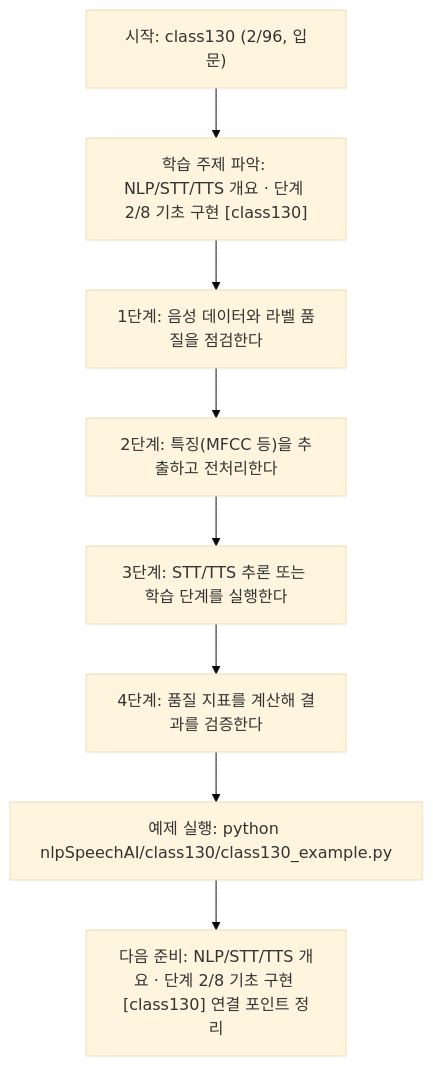
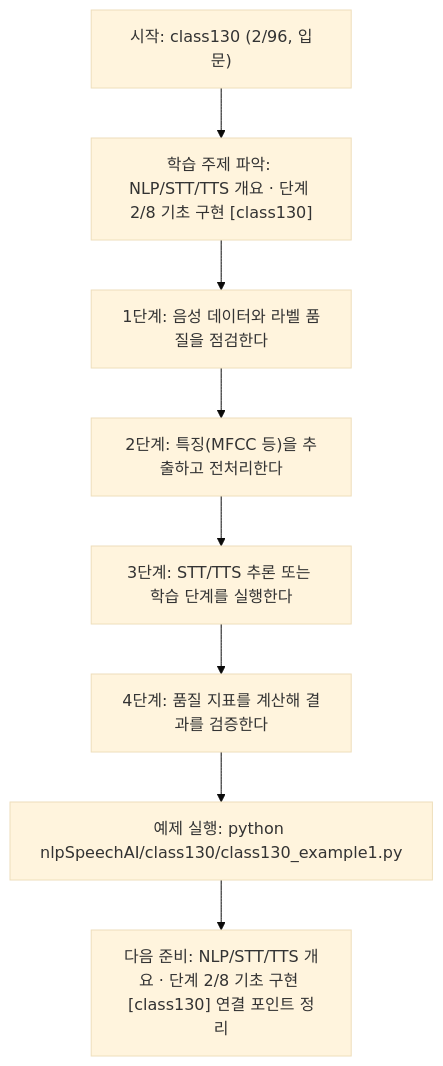
One commit to edumgt/Python-AI_Agent-Class changed the diagram in nlpSpeechAI/class130/class130.md. Above: the diagram before and after it, drawn with Mermaid (base theme). The commit also changed other lines of this file and 2959 other files, not shown here.

````diff
--- a/nlpSpeechAI/class130/class130.md
+++ b/nlpSpeechAI/class130/class130.md
@@ -115,18 +115,18 @@
 ```mermaid
 flowchart TD
 N1["시작: class130 (2/96, 입문)"]
 N2["학습 주제 파악: NLP/STT/TTS 개요 · 단계 2/8 기초 구현 [class130]"]
 N3["1단계: 음성 데이터와 라벨 품질을 점검한다"]
 N4["2단계: 특징(MFCC 등)을 추출하고 전처리한다"]
 N5["3단계: STT/TTS 추론 또는 학습 단계를 실행한다"]
 N6["4단계: 품질 지표를 계산해 결과를 검증한다"]
-N7["예제 실행: python nlpSpeechAI/class130/class130_example.py"]
+N7["예제 실행: python nlpSpeechAI/class130/class130_example1.py"]
 N8["다음 준비: NLP/STT/TTS 개요 · 단계 2/8 기초 구현 [class130] 연결 포인트 정리"]
 N1 --> N2
 N2 --> N3
 N3 --> N4
 N4 --> N5
 N5 --> N6
 N6 --> N7
 N7 --> N8
 ```
````
